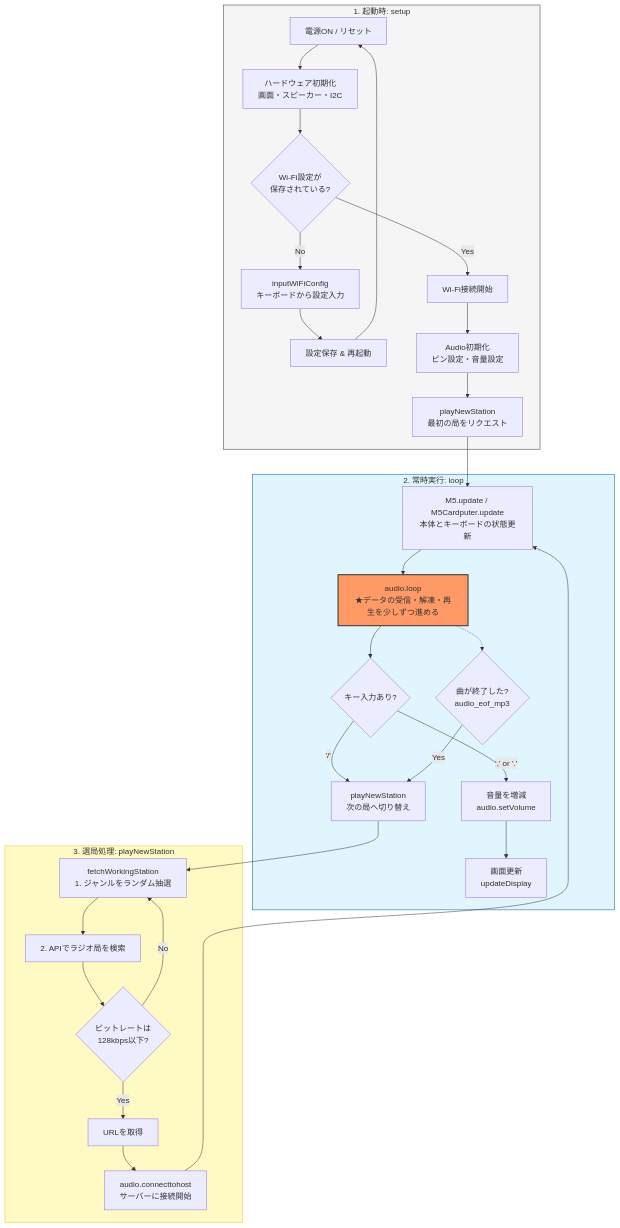
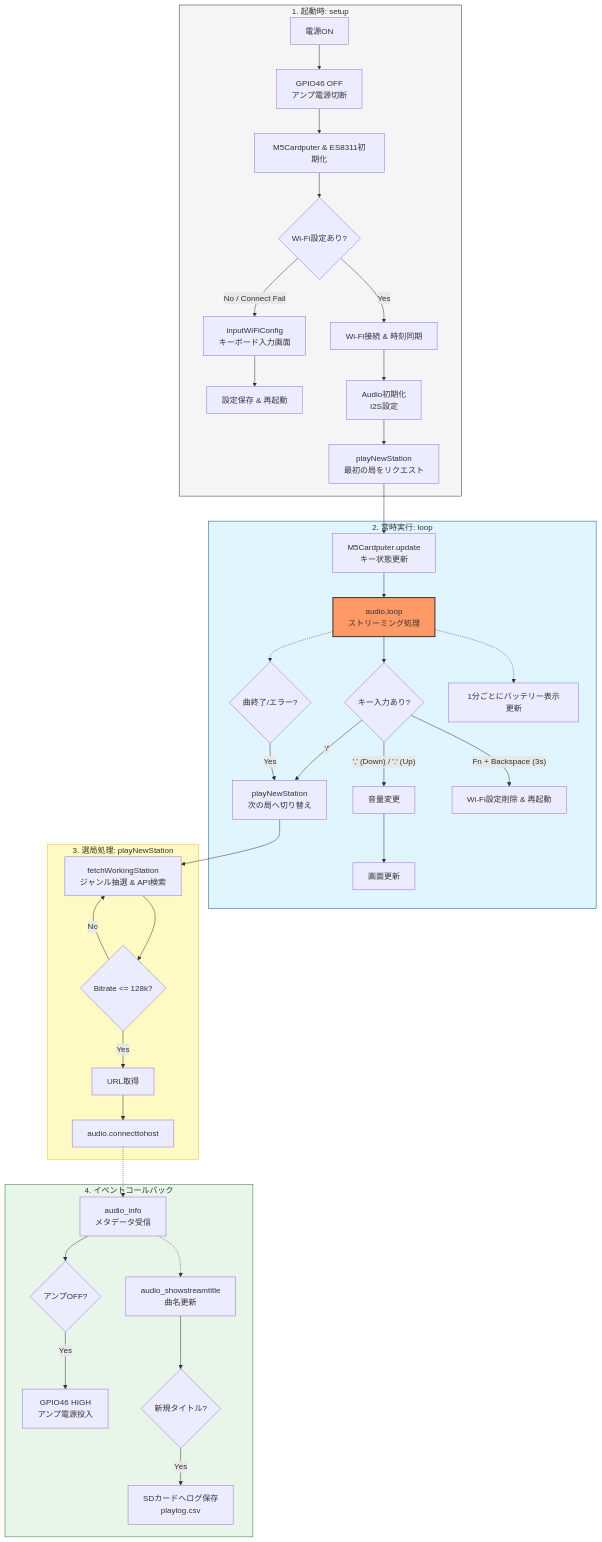
The diagram in docs/flowchart.md (MasahiroSakaguchi/Rad10), drawn with Mermaid before and after one commit. The commit also changed 3 other files, not shown here.

````diff
--- a/docs/flowchart.md
+++ b/docs/flowchart.md
@@ -3,50 +3,65 @@
 ``` mermaid
 
 graph TD
     %% 起動プロセス
     subgraph Initialization [1. 起動時: setup]
-        A[電源ON / リセット] --> B[ハードウェア初期化<br/>画面・スピーカー・I2C]
-        B --> C{Wi-Fi設定が<br/>保存されている?}
-        C -- No --> D[inputWiFiConfig<br/>キーボードから設定入力]
-        D --> D2[設定保存 & 再起動]
-        D2 --> A
-        C -- Yes --> E[Wi-Fi接続開始]
-        E --> F[Audio初期化<br/>ピン設定・音量設定]
-        F --> G[playNewStation<br/>最初の局をリクエスト]
+        A[電源ON] --> B[GPIO46 OFF<br/>アンプ電源切断]
+        B --> C[M5Cardputer & ES8311初期化]
+        C --> D{Wi-Fi設定あり?}
+        D -- No / Connect Fail --> E[inputWiFiConfig<br/>キーボード入力画面]
+        E --> F[設定保存 & 再起動]
+        D -- Yes --> G[Wi-Fi接続 & 時刻同期]
+        G --> H[Audio初期化<br/>I2S設定]
+        H --> I[playNewStation<br/>最初の局をリクエスト]
     end
 
     %% メインループ
     subgraph MainLoop [2. 常時実行: loop]
-        G --> H[M5.update / M5Cardputer.update<br/>本体とキーボードの状態更新]
-        H --> I[audio.loop<br/>★データの受信・解凍・再生を少しずつ進める]
-        I --> J{キー入力あり?}
+        I --> J[M5Cardputer.update<br/>キー状態更新]
+        J --> K[audio.loop<br/>ストリーミング処理]
+        K --> L{キー入力あり?}
         
         %% ユーザー操作
-        J -- "',' or '.'" --> K[音量を増減<br/>audio.setVolume]
-        K --> K2[画面更新<br/>updateDisplay]
+        L -- "',' (Down) / '.' (Up)" --> M[音量変更]
+        M --> N[画面更新]
         
-        J -- "'/'" --> L[playNewStation<br/>次の局へ切り替え]
+        L -- "'/'" --> O[playNewStation<br/>次の局へ切り替え]
+        
+        L -- "Fn + Backspace (3s)" --> P[Wi-Fi設定削除 & 再起動]
         
         %% 自動更新
-        I -.-> M{曲が終了した?<br/>audio_eof_mp3}
-        M -- Yes --> L
+        K -.-> Q{曲終了/エラー?}
+        Q -- Yes --> O
+        
+        %% 画面定期更新
+        K -.-> R[1分ごとにバッテリー表示更新]
     end
 
     %% ラジオ選局ロジック
     subgraph RadioLogic [3. 選局処理: playNewStation]
-        L --> N[fetchWorkingStation<br/>1. ジャンルをランダム抽選]
-        N --> O[2. APIでラジオ局を検索]
-        O --> P{ビットレートは<br/>128kbps以下?}
-        P -- No --> N
-        P -- Yes --> Q[URLを取得]
-        Q --> R[audio.connecttohost<br/>サーバーに接続開始]
-        R --> H
+        O --> S[fetchWorkingStation<br/>ジャンル抽選 & API検索]
+        S --> T{Bitrate <= 128k?}
+        T -- No --> S
+        T -- Yes --> U[URL取得]
+        U --> V[audio.connecttohost]
+    end
+
+    %% バックグラウンド処理
+    subgraph Callbacks [4. イベントコールバック]
+        V -.-> W[audio_info<br/>メタデータ受信]
+        W --> X{アンプOFF?}
+        X -- Yes --> Y[GPIO46 HIGH<br/>アンプ電源投入]
+        
+        W -.-> Z[audio_showstreamtitle<br/>曲名更新]
+        Z --> AA{新規タイトル?}
+        AA -- Yes --> AB[SDカードへログ保存<br/>playlog.csv]
     end
 
     %% スタイル設定
-    style I fill:#f96,stroke:#333,stroke-width:2px
+    style K fill:#f96,stroke:#333,stroke-width:2px
     style Initialization fill:#f5f5f5,stroke:#333
     style MainLoop fill:#e1f5fe,stroke:#01579b
     style RadioLogic fill:#fff9c4,stroke:#fbc02d
+    style Callbacks fill:#e8f5e9,stroke:#2e7d32
 
 ```
````
